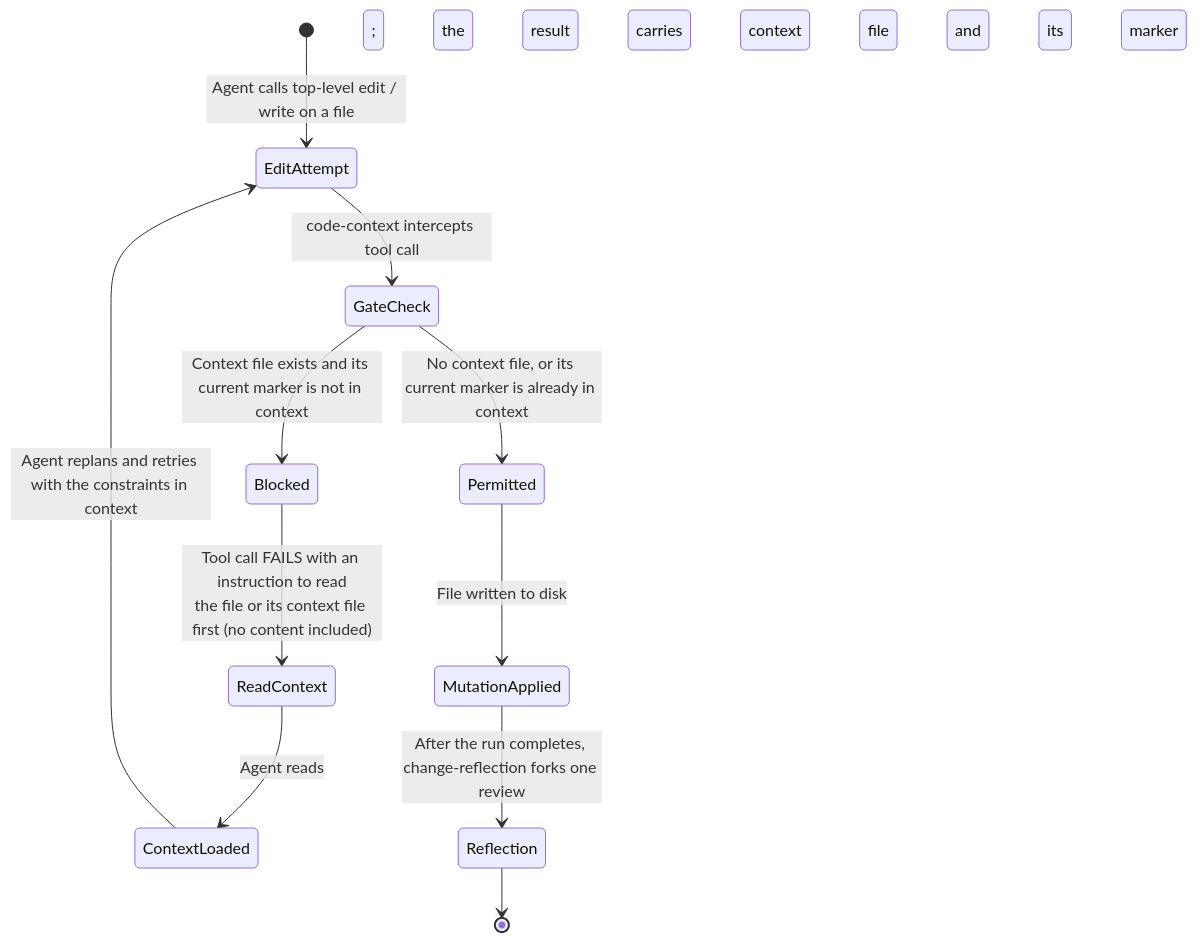
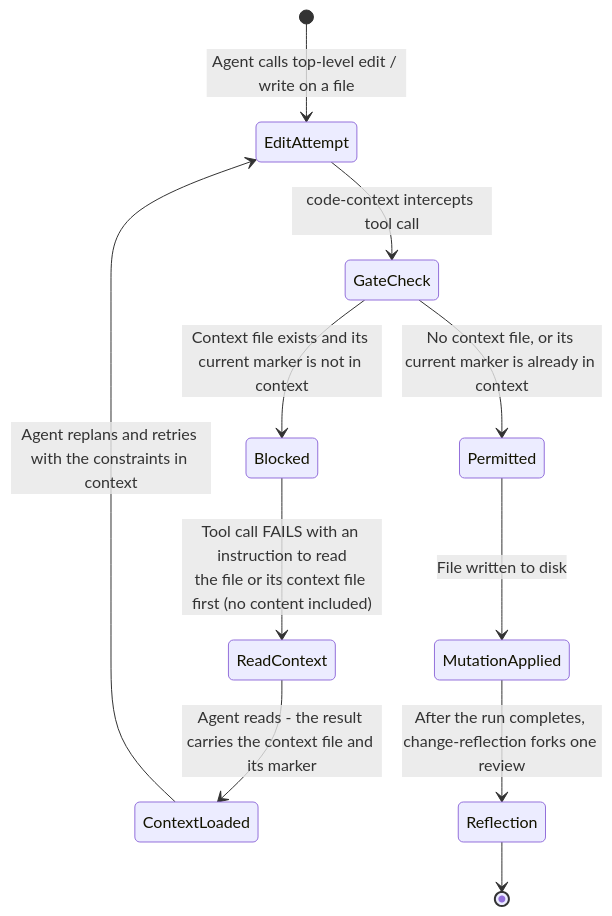
One commit to z3z1ma/apple-pi changed the fifth of 7 diagrams in README.md. Above: the diagram before and after it, drawn with Mermaid.

Commit message:
chore: fix state diagram

````diff
--- a/README.md
+++ b/README.md
@@ -293,17 +293,17 @@
 ```mermaid
 stateDiagram-v2
     [*] --> EditAttempt: Agent calls top-level edit / write on a file
     EditAttempt --> GateCheck: code-context intercepts tool call
 
     state GateCheck <<choice>>
     GateCheck --> Blocked: Context file exists and its current marker is not in context
     GateCheck --> Permitted: No context file, or its current marker is already in context
 
     Blocked --> ReadContext: Tool call FAILS with an instruction to read<br/>the file or its context file first (no content included)
-    ReadContext --> ContextLoaded: Agent reads; the result carries the context file and its marker
+    ReadContext --> ContextLoaded: Agent reads - the result carries the context file and its marker
     ContextLoaded --> EditAttempt: Agent replans and retries with the constraints in context
 
     Permitted --> MutationApplied: File written to disk
     MutationApplied --> Reflection: After the run completes, change-reflection forks one review
     Reflection --> [*]
 ```
````
